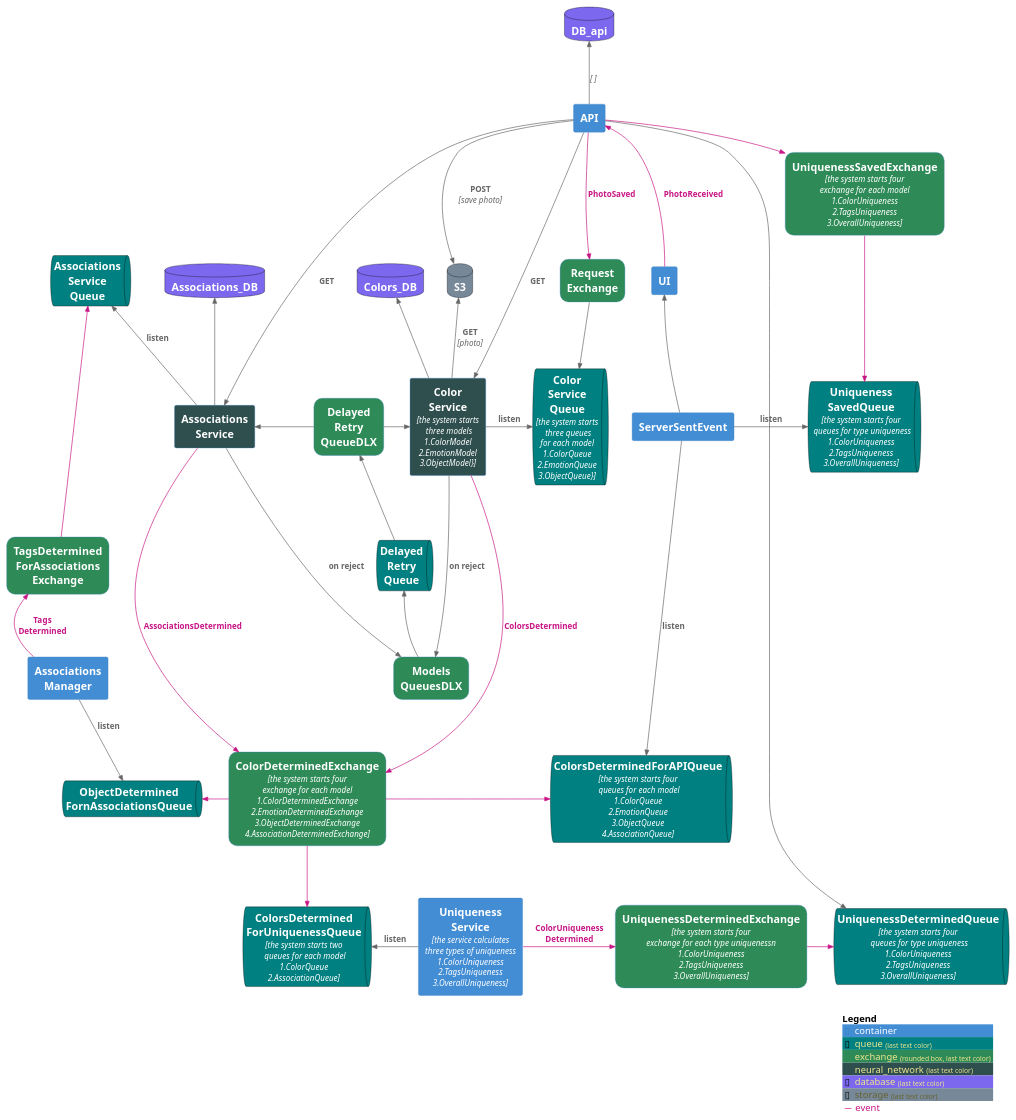
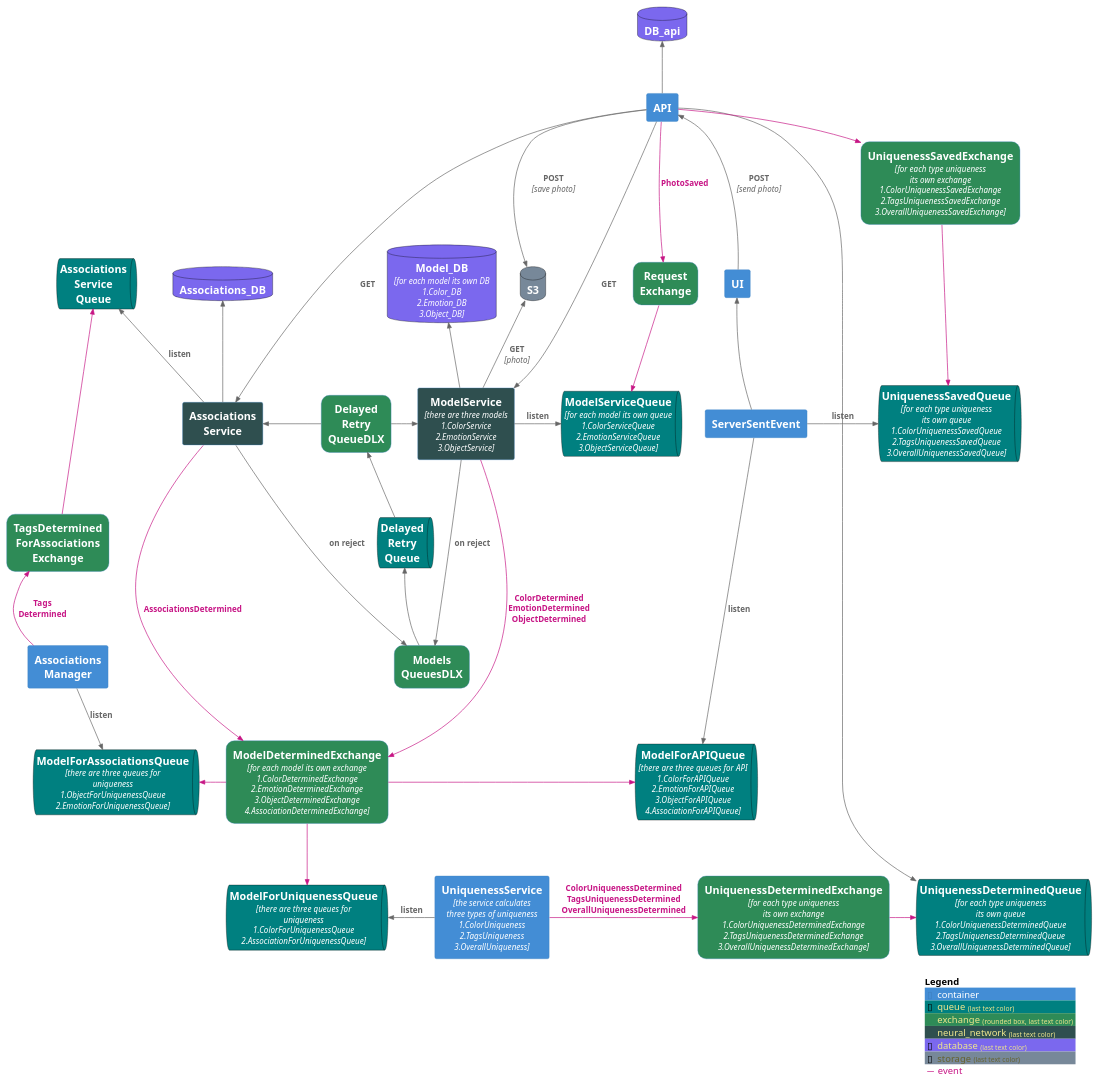
One commit to TourmalineCore/picachu-documentation changed the diagram in system_components_diagram.puml. Above: the diagram before and after it, drawn with PlantUML. The commit also changed 1 other file, not shown here.

Commit message:
docs(plantuml): #85zrxapwf: change labels on diagram

```diff
--- a/system_components_diagram.puml
+++ b/system_components_diagram.puml
@@ -1,143 +1,143 @@
 @startuml C4_Elements
 !include https://raw.githubusercontent.com/plantuml-stdlib/C4-PlantUML/master/C4_Container.puml
 HIDE_STEREOTYPE()
 
 AddElementTag("queue", $bgColor="Teal",$borderColor="black")
 AddElementTag("exchange", $bgColor="SeaGreen",$shape=RoundedBoxShape())
 AddElementTag("neural_network", $bgColor="DarkSlateGray")
 AddElementTag("database", $bgColor="MediumSlateBlue",$borderColor="black")
 AddElementTag("storage", $bgColor="LightSlateGray",$borderColor="black")
 AddRelTag("event", $textColor="MediumVioletRed", $lineColor="MediumVioletRed")
 
 Container(UI, "UI", "", "")
 Container(API, "API", "", "")
 Container(ServerSentEvent, "ServerSentEvent", "", "")
 
-ContainerQueue(ColorServiceQueue, "Color\nService\nQueue", "the system starts\n three queues\nfor each model\n1.ColorQueue\n2.EmotionQueue\n3.ObjectQueue}", "",$tags = "queue")
+ContainerQueue(ModelServiceQueue, "ModelServiceQueue", "for each model its own queue\n1.ColorServiceQueue\n2.EmotionServiceQueue\n3.ObjectServiceQueue", "",$tags = "queue")
 ContainerQueue(AssociationsServiceQueue, "Associations\nService\nQueue", "", "",$tags = "queue")
 
 ContainerDb(S3, "S3", "", "",$tags="storage")
 ContainerDb(DB_api, "DB_api", "", "",$tags="database")
 ContainerDb(Associations_DB, "Associations_DB", "", "",$tags="database")
-ContainerDb(Colors_DB, "Colors_DB", "", "",$tags="database")
+ContainerDb(Model_DB, "Model_DB", "for each model its own DB\n1.Color_DB\n2.Emotion_DB\n3.Object_DB", "",$tags="database")
 
 ContainerQueue(DelayedRetryQueue, "Delayed\nRetry\nQueue", "", "",  $tags = "queue")
-Container(ColorService, "Color\nService", "the system starts\n three models\n1.ColorModel\n2.EmotionModel\n3.ObjectModel}", "",$tags="neural_network")
+Container(ModelService, "ModelService", "there are three models\n1.ColorService\n2.EmotionService\n3.ObjectService", "",$tags="neural_network")
 
 Container(AssociationsManager, "Associations\nManager", "", "")
 
 
 Container(RequestExchange, "Request\nExchange", "", "", $tags ="exchange")
-Container(ColorDeterminedExchange, "ColorDeterminedExchange", "the system starts four \nexchange for each model\n1.ColorDeterminedExchange\n2.EmotionDeterminedExchange\n3.ObjectDeterminedExchange\n4.AssociationDeterminedExchange", "", $tags ="exchange")
-Container(UniquenessDeterminedExchange, "UniquenessDeterminedExchange", "the system starts four \nexchange for each type uniquenessn\n1.ColorUniqueness\n2.TagsUniqueness\n3.OverallUniqueness", "", $tags ="exchange")
+Container(ModelDeterminedExchange, "ModelDeterminedExchange", "for each model its own exchange\n1.ColorDeterminedExchange\n2.EmotionDeterminedExchange\n3.ObjectDeterminedExchange\n4.AssociationDeterminedExchange", "", $tags ="exchange")
+Container(UniquenessDeterminedExchange, "UniquenessDeterminedExchange", "for each type uniqueness\nits own exchange\n1.ColorUniquenessDeterminedExchange\n2.TagsUniquenessDeterminedExchange\n3.OverallUniquenessDeterminedExchange", "", $tags ="exchange")
 
-Container(UniquenessSavedExchange, "UniquenessSavedExchange", "the system starts four \nexchange for each model\n1.ColorUniqueness\n2.TagsUniqueness\n3.OverallUniqueness", "", $tags ="exchange")
-ContainerQueue(UniquenessSavedQueue, "Uniqueness\nSavedQueue", "the system starts four\n queues for type uniqueness\n1.ColorUniqueness\n2.TagsUniqueness\n3.OverallUniqueness", "",$tags = "queue")
+Container(UniquenessSavedExchange, "UniquenessSavedExchange", "for each type uniqueness\nits own exchange\n1.ColorUniquenessSavedExchange\n2.TagsUniquenessSavedExchange\n3.OverallUniquenessSavedExchange", "", $tags ="exchange")
+ContainerQueue(UniquenessSavedQueue, "UniquenessSavedQueue", "for each type uniqueness\nits own queue\n1.ColorUniquenessSavedQueue\n2.TagsUniquenessSavedQueue\n3.OverallUniquenessSavedQueue", "",$tags = "queue")
 
 
 Container(ModelsQueuesDLX, "Models\nQueuesDLX", "", "",$tags ="exchange")
 Container(DelayedRetryQueueDLX, "Delayed\nRetry\nQueueDLX", "", "",$tags ="exchange")
 
-ContainerQueue(ColorsDeterminedForAPIQueue, "ColorsDeterminedForAPIQueue", "the system starts four\n queues for each model\n1.ColorQueue\n2.EmotionQueue\n3.ObjectQueue\n4.AssociationQueue", "",$tags = "queue")
-ContainerQueue(ColorsDeterminedForUniquenessQueue, "ColorsDetermined\nForUniquenessQueue", "the system starts two\n queues for each model\n1.ColorQueue\n2.AssociationQueue", "",$tags = "queue")
+ContainerQueue(ColorsDeterminedForAPIQueue, "ModelForAPIQueue", "there are three queues for API\n1.ColorForAPIQueue\n2.EmotionForAPIQueue\n3.ObjectForAPIQueue\n4.AssociationForAPIQueue", "",$tags = "queue")
+ContainerQueue(ModelForUniquenessQueue, "ModelForUniquenessQueue", "there are three queues for uniqueness\n1.ColorForUniquenessQueue\n2.AssociationForUniquenessQueue", "",$tags = "queue")
 
 Container(TagsDeterminedForAssociationsExchange, "TagsDetermined\nForAssociations\nExchange", "", "", $tags ="exchange")
 
-ContainerQueue(ObjectDeterminedForAssociationsQueue, "ObjectDetermined\nFornAssociationsQueue", "", "",$tags = "queue")
+ContainerQueue(ModelForAssociationsQueue, "ModelForAssociationsQueue", "there are three queues for uniqueness\n1.ObjectForUniquenessQueue\n2.EmotionForUniquenessQueue", "",$tags = "queue")
 Container(AssociationsService, "Associations\nService", "", "",$tags="neural_network")
 
-Container(UniquenessService, "Uniqueness\nService", "the service calculates\nthree types of uniqueness \n1.ColorUniqueness\n2.TagsUniqueness\n3.OverallUniqueness", "")
-ContainerQueue(UniquenessDeterminedQueue, "UniquenessDeterminedQueue", "the system starts four\n queues for type uniqueness\n1.ColorUniqueness\n2.TagsUniqueness\n3.OverallUniqueness", "",$tags = "queue")
+Container(UniquenessService, "UniquenessService", "the service calculates\nthree types of uniqueness \n1.ColorUniqueness\n2.TagsUniqueness\n3.OverallUniqueness", "")
+ContainerQueue(UniquenessDeterminedQueue, "UniquenessDeterminedQueue", "for each type uniqueness\nits own queue\n1.ColorUniquenessDeterminedQueue\n2.TagsUniquenessDeterminedQueue\n3.OverallUniquenessDeterminedQueue", "",$tags = "queue")
 
-Rel_L(UI, API, "PhotoReceived", "",$tags ="event")
+Rel_L(UI, API, "POST", "send photo")
 Rel_D(API, S3, "POST", "save photo")
-Rel_U(API, DB_api, " ", " ")
+Rel_U(API, DB_api, " ", "")
 Rel_D(API, RequestExchange, "PhotoSaved", "",$tags ="event")
 
-Rel_D(RequestExchange, ColorServiceQueue, " ", "")
-Rel_R(ColorService, ColorServiceQueue, "listen", "")
-Rel_U(ColorService, S3, "GET", "photo")
+Rel_D(RequestExchange, ModelServiceQueue, " ", "",$tags ="event")
+Rel_R(ModelService, ModelServiceQueue, "listen", "")
+Rel_U(ModelService, S3, "GET", "photo")
 
-Rel_R(DelayedRetryQueueDLX, ColorService, " ", "")
+Rel_R(DelayedRetryQueueDLX, ModelService, " ", "")
 Rel_L(DelayedRetryQueueDLX, AssociationsService, " ", "")
 
-Rel_U(ColorService, Colors_DB, " ", "")
+Rel_U(ModelService, Model_DB, " ", "")
 Rel_U(AssociationsService,Associations_DB,  " ", "")
 
-Rel_D(API, ColorService,  "GET", "")
+Rel_D(API, ModelService,  "GET", "")
 Rel_D(API, AssociationsService,  "GET", "")
 
-Lay_R(ColorService,DelayedRetryQueueDLX)
+Lay_R(ModelService,DelayedRetryQueueDLX)
 
 
-Rel_D(ColorService, ModelsQueuesDLX, "on reject", "")
+Rel_D(ModelService, ModelsQueuesDLX, "on reject", "")
 Rel_D(AssociationsService, ModelsQueuesDLX, "on reject", "")
 
 
 Rel_U(ModelsQueuesDLX, DelayedRetryQueue, " ", "")
 
 Lay_U(DelayedRetryQueue,DelayedRetryQueueDLX)
-Lay_U(DelayedRetryQueue,ColorService)
+Lay_U(DelayedRetryQueue,ModelService)
 Rel_U(DelayedRetryQueue, DelayedRetryQueueDLX, " ", "")
 
 
-Rel(ColorService, ColorDeterminedExchange, "ColorsDetermined", "",$tags ="event")
-Rel_D(AssociationsService, ColorDeterminedExchange, "AssociationsDetermined", "",$tags ="event")
+Rel(ModelService, ModelDeterminedExchange, "ColorDetermined\nEmotionDetermined\nObjectDetermined", "",$tags ="event")
+Rel_D(AssociationsService, ModelDeterminedExchange, "AssociationsDetermined", "",$tags ="event")
 
-Lay_D(AssociationsService,ColorDeterminedExchange)
-Lay_D(DelayedRetryQueueDLX,ColorDeterminedExchange)
-Lay_D(DelayedRetryQueue,ColorDeterminedExchange)
-Lay_D(ModelsQueuesDLX,ColorDeterminedExchange)
+Lay_D(AssociationsService,ModelDeterminedExchange)
+Lay_D(DelayedRetryQueueDLX,ModelDeterminedExchange)
+Lay_D(DelayedRetryQueue,ModelDeterminedExchange)
+Lay_D(ModelsQueuesDLX,ModelDeterminedExchange)
 Lay_D(DelayedRetryQueue,ModelsQueuesDLX)
 
 
-Rel_R(ColorDeterminedExchange, ColorsDeterminedForAPIQueue, " ", "",$tags ="event")
-Rel_R(ColorDeterminedExchange, ObjectDeterminedForAssociationsQueue, " ", "",$tags ="event")
-Rel_R(ColorDeterminedExchange, ColorsDeterminedForUniquenessQueue, " ", "",$tags ="event")
+Rel_R(ModelDeterminedExchange, ColorsDeterminedForAPIQueue, " ", "",$tags ="event")
+Rel_R(ModelDeterminedExchange, ModelForAssociationsQueue, " ", "",$tags ="event")
+Rel_R(ModelDeterminedExchange, ModelForUniquenessQueue, " ", "",$tags ="event")
 
 
 
-Lay_R(ColorDeterminedExchange,ObjectDeterminedForAssociationsQueue)
+Lay_R(ModelDeterminedExchange,ModelForAssociationsQueue)
 
 
-Lay_L(ColorsDeterminedForUniquenessQueue,ObjectDeterminedForAssociationsQueue)
+Lay_L(ModelForUniquenessQueue,ModelForAssociationsQueue)
 
-Lay_L(ColorDeterminedExchange,ObjectDeterminedForAssociationsQueue)
+Lay_L(ModelDeterminedExchange,ModelForAssociationsQueue)
 
 
-Lay_D(AssociationsManager,ObjectDeterminedForAssociationsQueue)
+Lay_D(AssociationsManager,ModelForAssociationsQueue)
 Lay_U(AssociationsManager,TagsDeterminedForAssociationsExchange)
 
-Rel_R(AssociationsManager, ObjectDeterminedForAssociationsQueue, "listen", "")
+Rel_R(AssociationsManager, ModelForAssociationsQueue, "listen", "")
 
 Rel_U(AssociationsService, AssociationsServiceQueue, "listen", "")
 
 Rel_U(AssociationsManager, TagsDeterminedForAssociationsExchange, "Tags\nDetermined", "",$tags ="event")
 
 Rel_U(TagsDeterminedForAssociationsExchange,AssociationsServiceQueue, " ", "",$tags ="event")
 
 
-Rel_L(UniquenessService, ColorsDeterminedForUniquenessQueue, "listen", "")
+Rel_L(UniquenessService, ModelForUniquenessQueue, "listen", "")
 
-Rel_R(UniquenessService, UniquenessDeterminedExchange, "ColorUniqueness\nDetermined", "",$tags ="event")
+Rel_R(UniquenessService, UniquenessDeterminedExchange, "ColorUniquenessDetermined\nTagsUniquenessDetermined\nOverallUniquenessDetermined", "",$tags ="event")
 
-Lay_L(ColorsDeterminedForUniquenessQueue,DelayedRetryQueue)
+Lay_L(ModelForUniquenessQueue,DelayedRetryQueue)
 Rel_R(UniquenessDeterminedExchange, UniquenessDeterminedQueue, " ", "",,$tags ="event")
 
 Rel_R(API, UniquenessDeterminedQueue, " ", "")
 
 Rel_R(ServerSentEvent, ColorsDeterminedForAPIQueue, "listen", "")
 
-Lay_D(ColorsDeterminedForAPIQueue,ColorsDeterminedForUniquenessQueue)
+Lay_D(ColorsDeterminedForAPIQueue,ModelForUniquenessQueue)
 
 Lay_R(ServerSentEvent,UI)
 
 Lay_R(RequestExchange,UI)
 Rel_U(ServerSentEvent, UI, " ", "")
 
 Rel_R(ServerSentEvent, UniquenessSavedQueue, "listen", "")
 Rel_D(UniquenessSavedExchange, UniquenessSavedQueue, " ", "",$tags ="event")
 Rel_R(API,UniquenessSavedExchange, " ", "",$tags ="event")
 
 SHOW_LEGEND(false)
 @enduml
```
